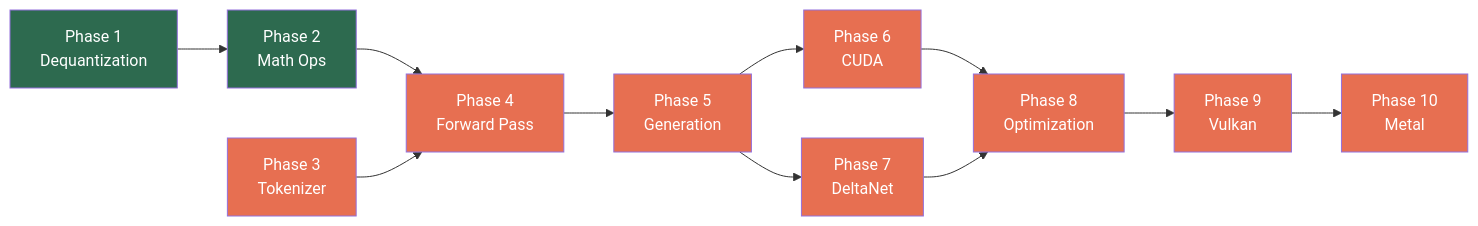
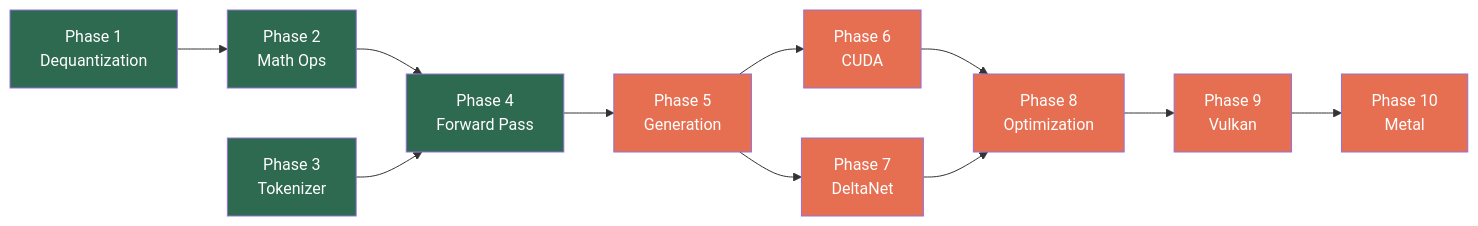
The diagram in README.md (MjrTom/daisi-llogos), drawn with Mermaid before and after one commit. The commit also changed other lines of this file, not shown here.

Commit message:
Update README roadmap diagram and current status for Phases 3-4

````diff
--- a/README.md
+++ b/README.md
@@ -52,32 +56,32 @@
 ```mermaid
 flowchart LR
     P1["Phase 1\nDequantization"]
     P2["Phase 2\nMath Ops"]
     P3["Phase 3\nTokenizer"]
     P4["Phase 4\nForward Pass"]
     P5["Phase 5\nGeneration"]
     P6["Phase 6\nCUDA"]
     P7["Phase 7\nDeltaNet"]
     P8["Phase 8\nOptimization"]
     P9["Phase 9\nVulkan"]
     P10["Phase 10\nMetal"]
 
     P1 --> P2 --> P4
     P3 --> P4 --> P5
     P5 --> P6
     P5 --> P7
     P6 --> P8
     P7 --> P8
     P8 --> P9 --> P10
 
     style P1 fill:#2d6a4f,color:#fff
     style P2 fill:#2d6a4f,color:#fff
-    style P3 fill:#e76f51,color:#fff
-    style P4 fill:#e76f51,color:#fff
+    style P3 fill:#2d6a4f,color:#fff
+    style P4 fill:#2d6a4f,color:#fff
     style P5 fill:#e76f51,color:#fff
     style P6 fill:#e76f51,color:#fff
     style P7 fill:#e76f51,color:#fff
     style P8 fill:#e76f51,color:#fff
     style P9 fill:#e76f51,color:#fff
     style P10 fill:#e76f51,color:#fff
 ```
````
